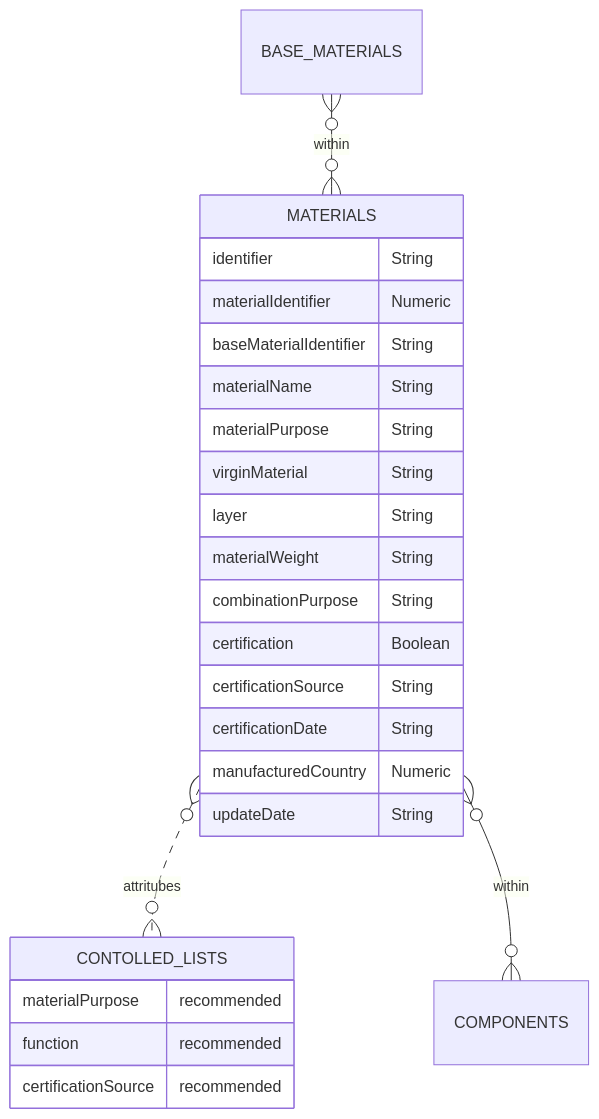
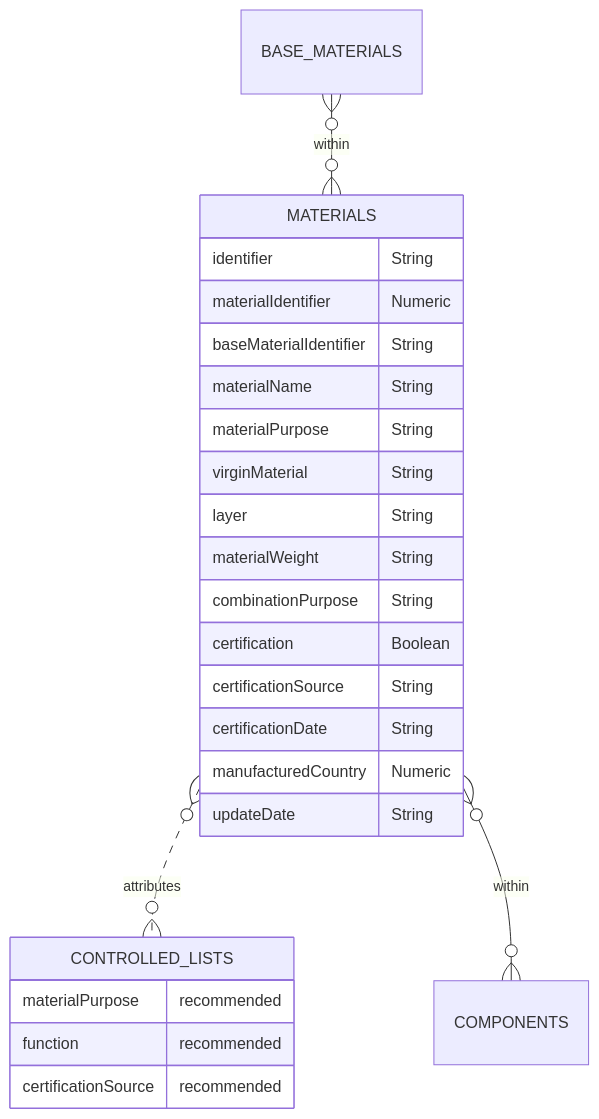
Before and after one commit to OpenDataManchester/Open3P: the diagram in docs/3_Data_Specification/3_2_Materials.md, drawn with Mermaid. The commit also changed 4 other files, not shown here.

````diff
--- a/docs/3_Data_Specification/3_2_Materials.md
+++ b/docs/3_Data_Specification/3_2_Materials.md
@@ -30,27 +30,27 @@
 ``` mermaid
 erDiagram
 BASE_MATERIALS }o--o{ MATERIALS : within
   MATERIALS {
     identifier String
     materialIdentifier Numeric
     baseMaterialIdentifier String
     materialName String
     materialPurpose String
     virginMaterial String
     layer String
     materialWeight String
     combinationPurpose String
     certification Boolean
     certificationSource String
     certificationDate String
     manufacturedCountry Numeric
     updateDate String
   }
-  MATERIALS }o..o{ CONTOLLED_LISTS : attritubes
+  MATERIALS }o..o{ CONTROLLED_LISTS : attributes
   MATERIALS }o--o{ COMPONENTS : within
-        CONTOLLED_LISTS {
+        CONTROLLED_LISTS {
     materialPurpose recommended
     function recommended
     certificationSource recommended
     }
 ```
````
